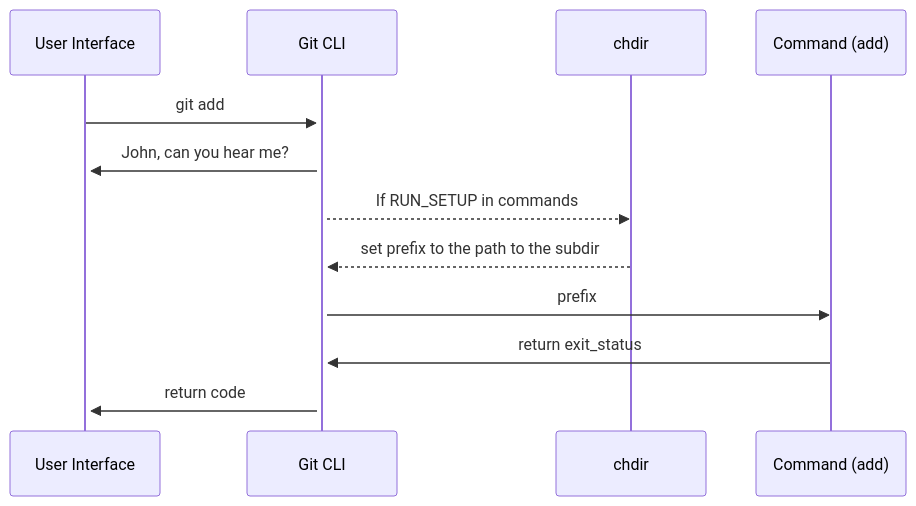
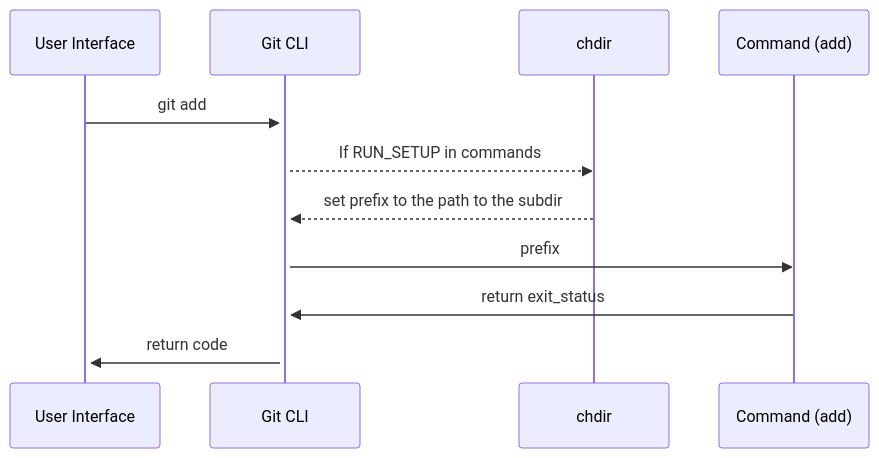
Before and after one commit to swimmio/git-src-playground: the diagram in .swm/adding-a-command.JLzge.sw.md, drawn with Mermaid. The commit also changed other lines of this file, not shown here.

````diff
--- a/.swm/adding-a-command.JLzge.sw.md
+++ b/.swm/adding-a-command.JLzge.sw.md
@@ -137,10 +137,9 @@
 ```mermaid
 sequenceDiagram
 User Interface->>+Git CLI: git add
-Git CLI->>+User Interface: John, can you hear me?
 Git CLI-->>chdir: If RUN_SETUP in commands
 chdir-->>Git CLI: set prefix to the path to the subdir
 Git CLI->>Command (add): prefix
 Command (add)->>Git CLI: return exit_status
 Git CLI->>+User Interface: return code
 ```
````
